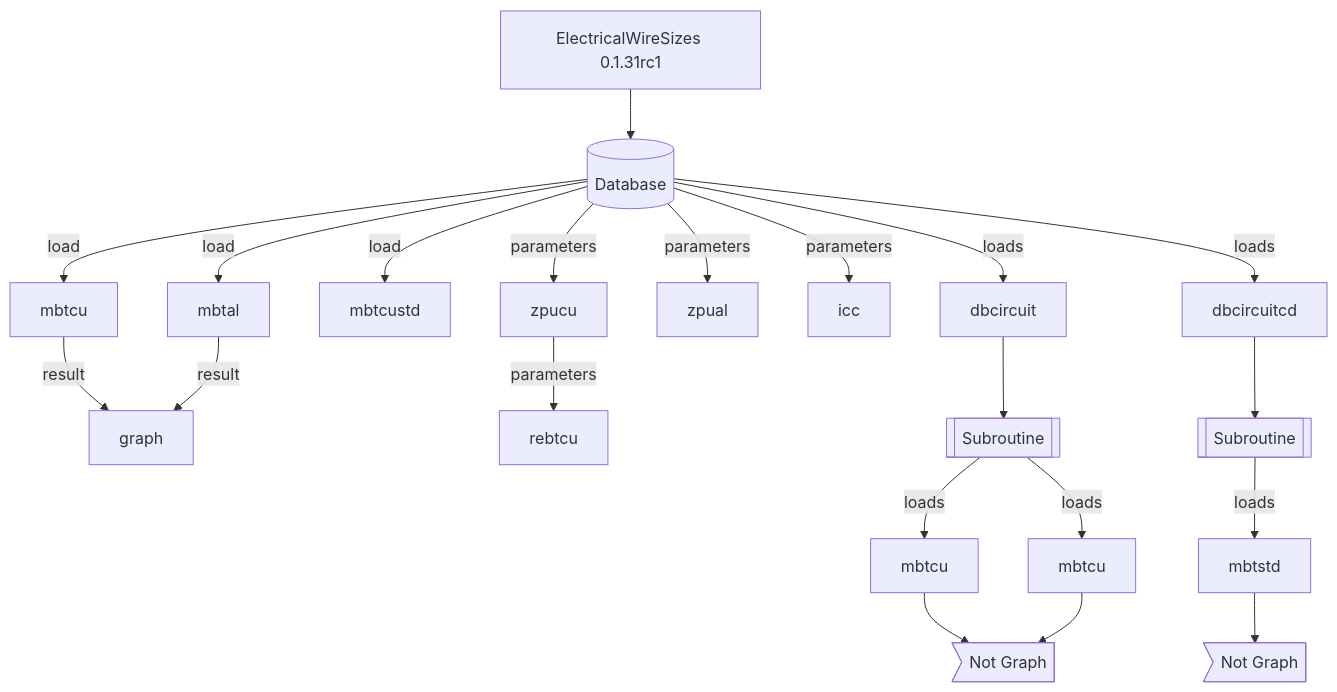
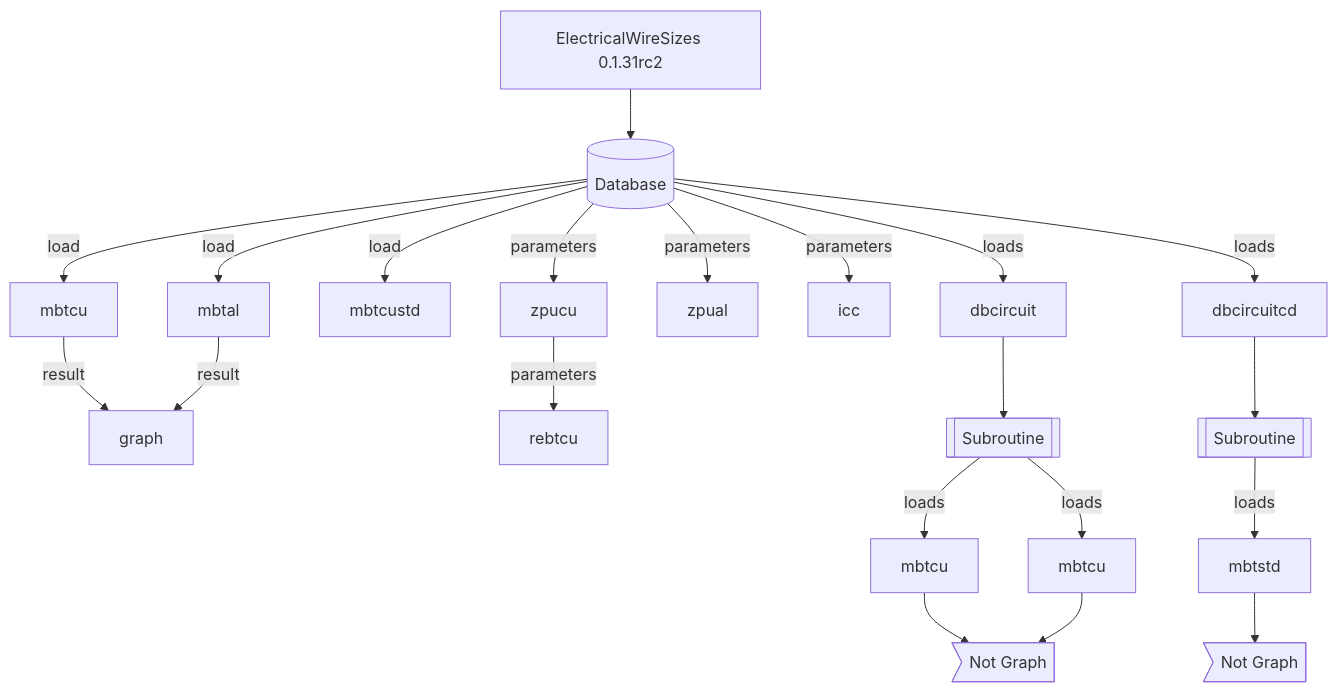
Before and after one commit to jacometoss/PyEWS: the diagram in README.md, drawn with Mermaid. The commit also changed other lines of this file, not shown here.

````diff
--- a/README.md
+++ b/README.md
@@ -179,17 +182,17 @@
 ```mermaid
 graph TD
 
-B[ElectricalWireSizes 0.1.31rc1]-->db[(Database)]
+B[ElectricalWireSizes 0.1.31rc2]-->db[(Database)]
 	db -->|load| A[mbtcu]-->|result| I[graph]
     db -->|load| C[mbtal]-->|result| I[graph]	
     db -->|load| D[mbtcustd]
     db -->|parameters| E[zpucu]
     db -->|parameters| F[zpual]
     db -->|parameters| J[icc]
     E -->|parameters| rd[rebtcu]
     db -->|loads| G[dbcircuit] --> H[[Subroutine]]
     H -->|loads| k[mbtcu]--> id1>Not Graph]
     H -->|loads| l[mbtcu]--> id1>Not Graph]
     db -->|loads| M[dbcircuitcd] --> N[[Subroutine]]
     N -->|loads| O[mbtstd]--> id2>Not Graph]   
 ```
````
